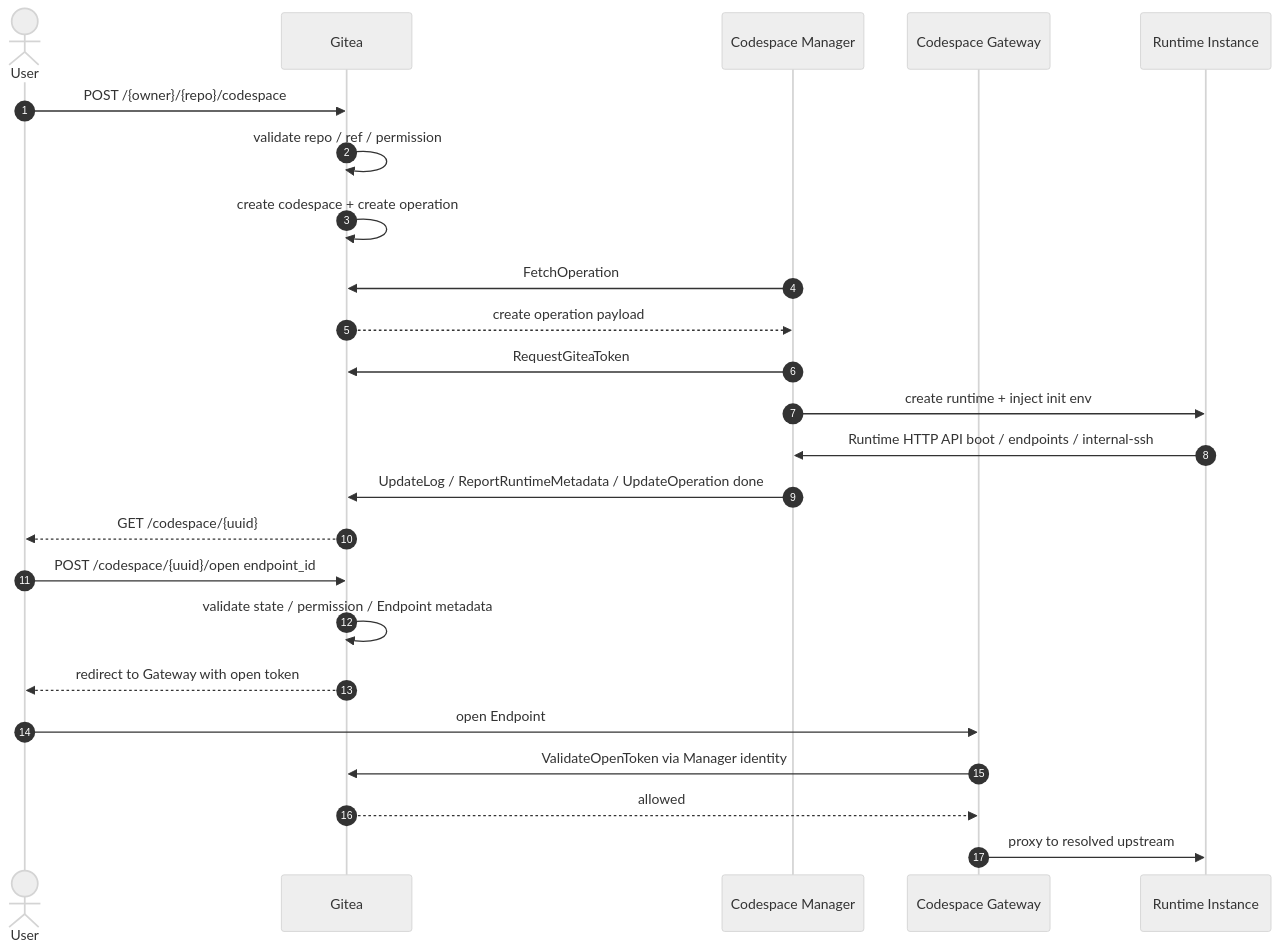
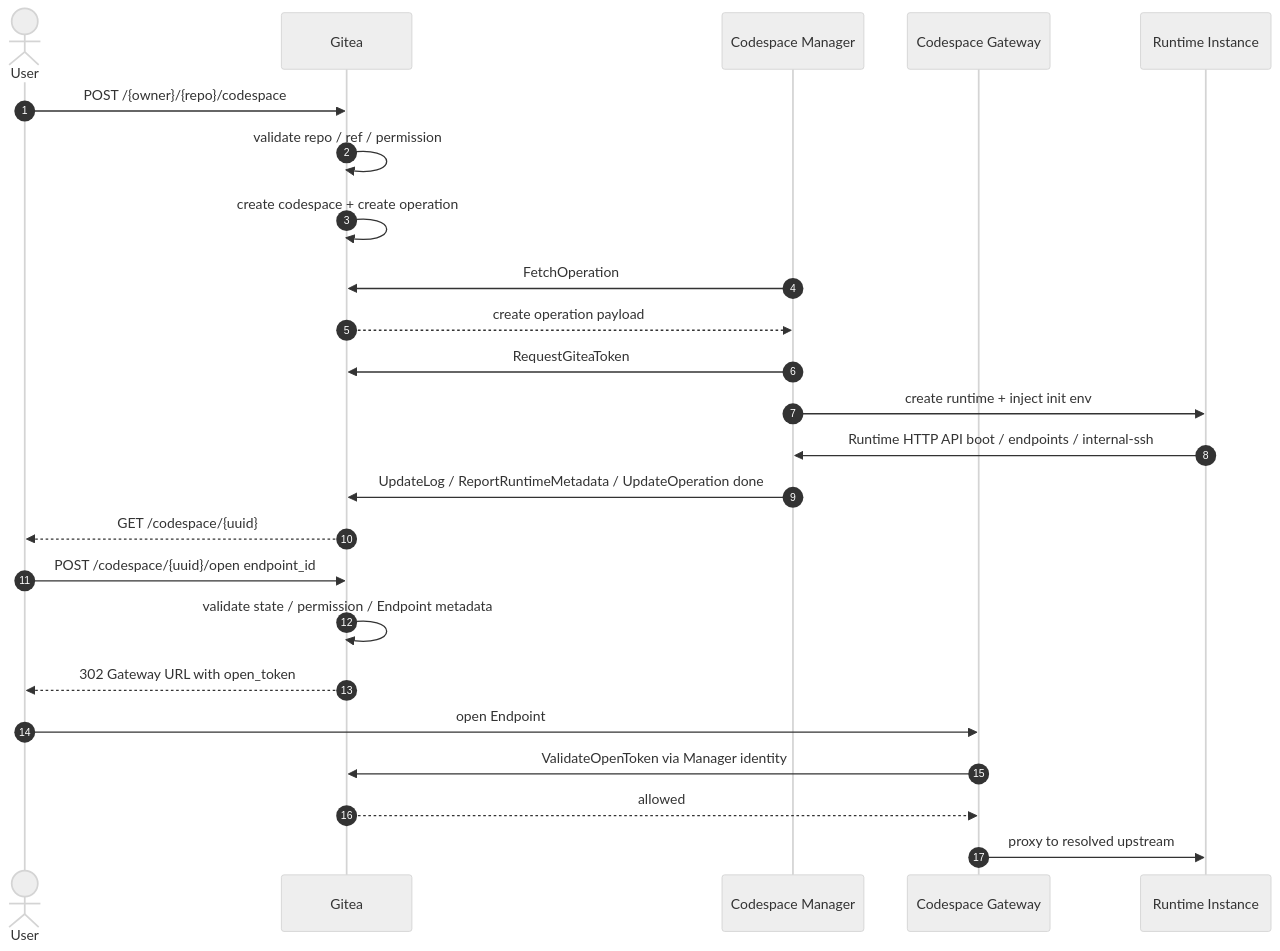
One commit to ExplodingDragon/gitea-dev changed the second of 3 diagrams in README.md. Above: the diagram before and after it, drawn with Mermaid (neutral theme). The commit also changed other lines of this file, not shown here.

````diff
--- a/README.md
+++ b/README.md
@@ -139,28 +100,28 @@
 ```mermaid
 sequenceDiagram
     autonumber
     actor User
     participant Gitea
     participant Manager as Codespace Manager
     participant Gateway as Codespace Gateway
     participant Runtime as Runtime Instance
 
     User->>Gitea: POST /{owner}/{repo}/codespace
     Gitea->>Gitea: validate repo / ref / permission
     Gitea->>Gitea: create codespace + create operation
     Manager->>Gitea: FetchOperation
     Gitea-->>Manager: create operation payload
     Manager->>Gitea: RequestGiteaToken
     Manager->>Runtime: create runtime + inject init env
     Runtime->>Manager: Runtime HTTP API boot / endpoints / internal-ssh
     Manager->>Gitea: UpdateLog / ReportRuntimeMetadata / UpdateOperation done
     Gitea-->>User: GET /codespace/{uuid}
 
     User->>Gitea: POST /codespace/{uuid}/open endpoint_id
     Gitea->>Gitea: validate state / permission / Endpoint metadata
-    Gitea-->>User: redirect to Gateway with open token
+    Gitea-->>User: 302 Gateway URL with open_token
     User->>Gateway: open Endpoint
     Gateway->>Gitea: ValidateOpenToken via Manager identity
     Gitea-->>Gateway: allowed
     Gateway->>Runtime: proxy to resolved upstream
 ```
````
